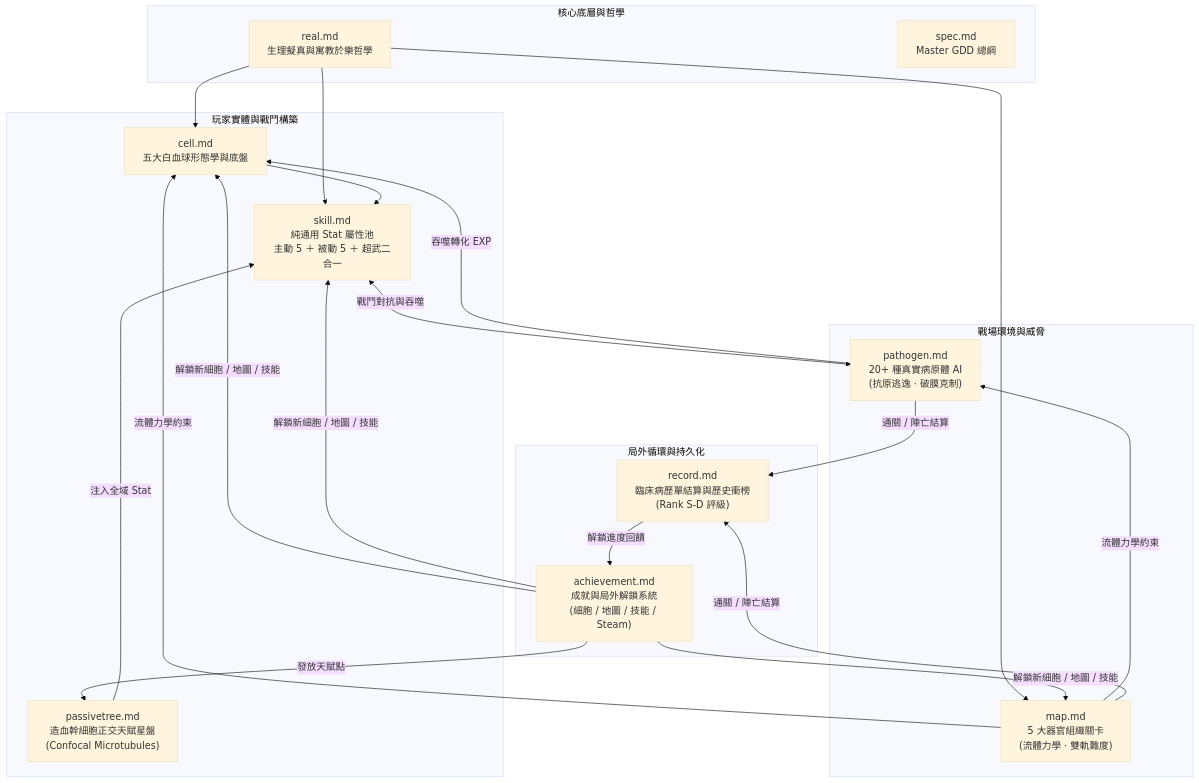
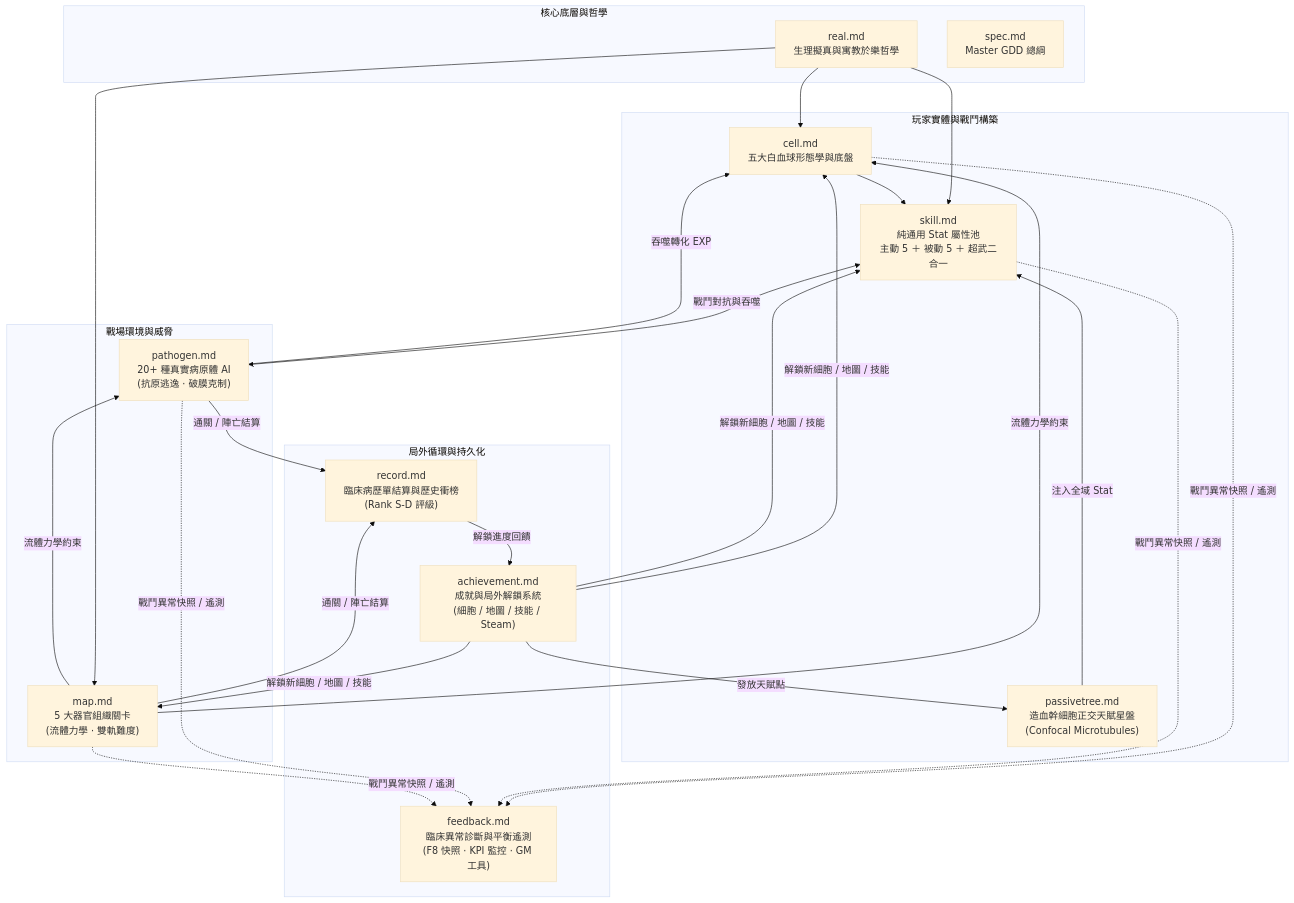
The diagram in docs/README.md (skyrocket-qy/Phagocyte), drawn with Mermaid (base theme) before and after one commit. The commit also changed other lines of this file and 2 other files, not shown here.

````diff
--- a/docs/README.md
+++ b/docs/README.md
@@ -31,34 +32,36 @@
 ```mermaid
 graph TD
     subgraph CorePillars [核心底層與哲學]
         PHIL["real.md<br>生理擬真與寓教於樂哲學"]
         SPEC["spec.md<br>Master GDD 總綱"]
     end
 
     subgraph PlayerSystems [玩家實體與戰鬥構築]
         CELL["cell.md<br>五大白血球形態學與底盤"]
         SKILL["skill.md<br>純通用 Stat 屬性池<br>主動 5 ＋ 被動 5 ＋ 超武二合一"]
         TREE["passivetree.md<br>造血幹細胞正交天賦星盤<br>(Confocal Microtubules)"]
     end
 
     subgraph WorldSystems [戰場環境與威脅]
         MAP["map.md<br>5 大器官組織關卡<br>(流體力學 · 雙軌難度)"]
         PATH["pathogen.md<br>20+ 種真實病原體 AI<br>(抗原逃逸 · 破膜克制)"]
     end
 
     subgraph MetaSystems [局外循環與持久化]
         ACH["achievement.md<br>成就與局外解鎖系統<br>(細胞 / 地圖 / 技能 / Steam)"]
         REC["record.md<br>臨床病歷單結算與歷史衝榜<br>(Rank S-D 評級)"]
+        DIAG["feedback.md<br>臨床異常診斷與平衡遙測<br>(F8 快照 · KPI 監控 · GM 工具)"]
     end
 
     PHIL --> CELL & SKILL & MAP
     CELL --> SKILL
     TREE -->|注入全域 Stat| SKILL
     SKILL <-->|戰鬥對抗與吞噬| PATH
     MAP -->|流體力學約束| CELL & PATH
     PATH -->|吞噬轉化 EXP| CELL
     PATH & MAP -->|通關 / 陣亡結算| REC
     REC -->|解鎖進度回饋| ACH
     ACH -->|發放天賦點| TREE
     ACH -->|解鎖新細胞 / 地圖 / 技能| CELL & MAP & SKILL
+    CELL & SKILL & PATH & MAP -.->|戰鬥異常快照 / 遙測| DIAG
 ```
````
